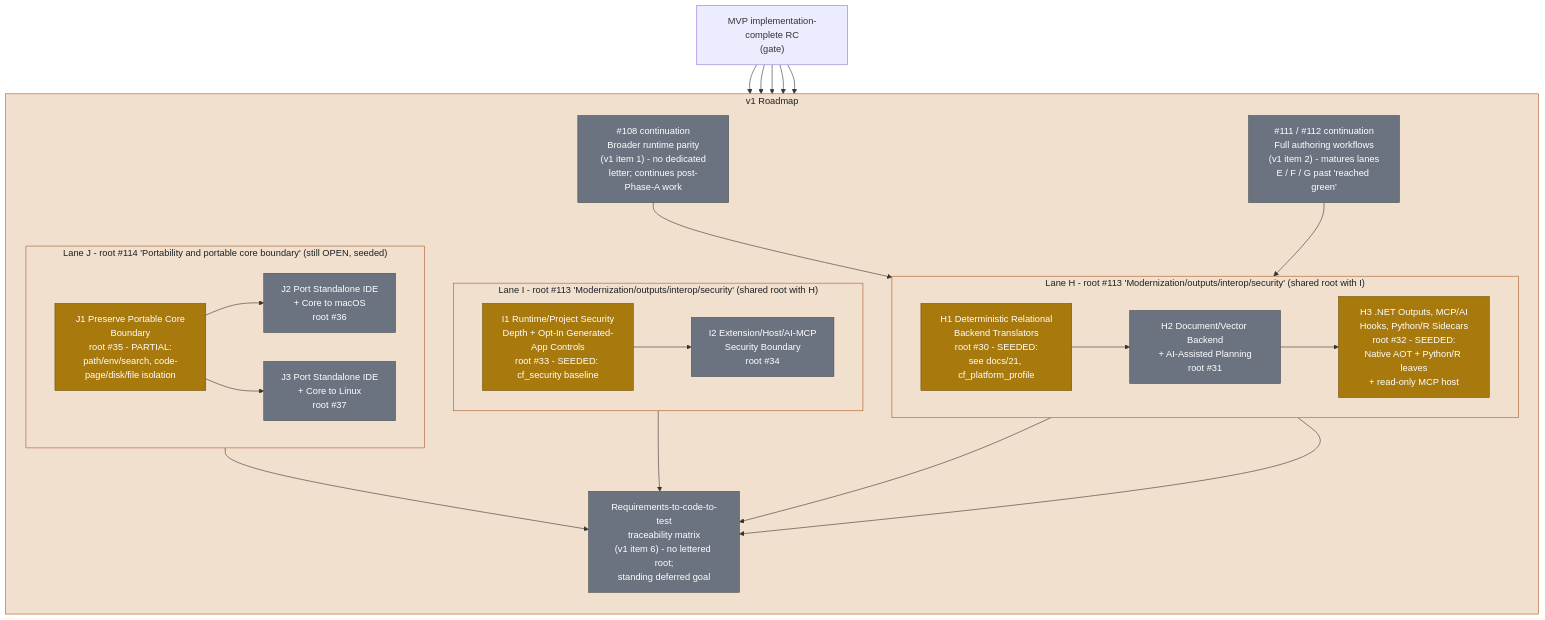
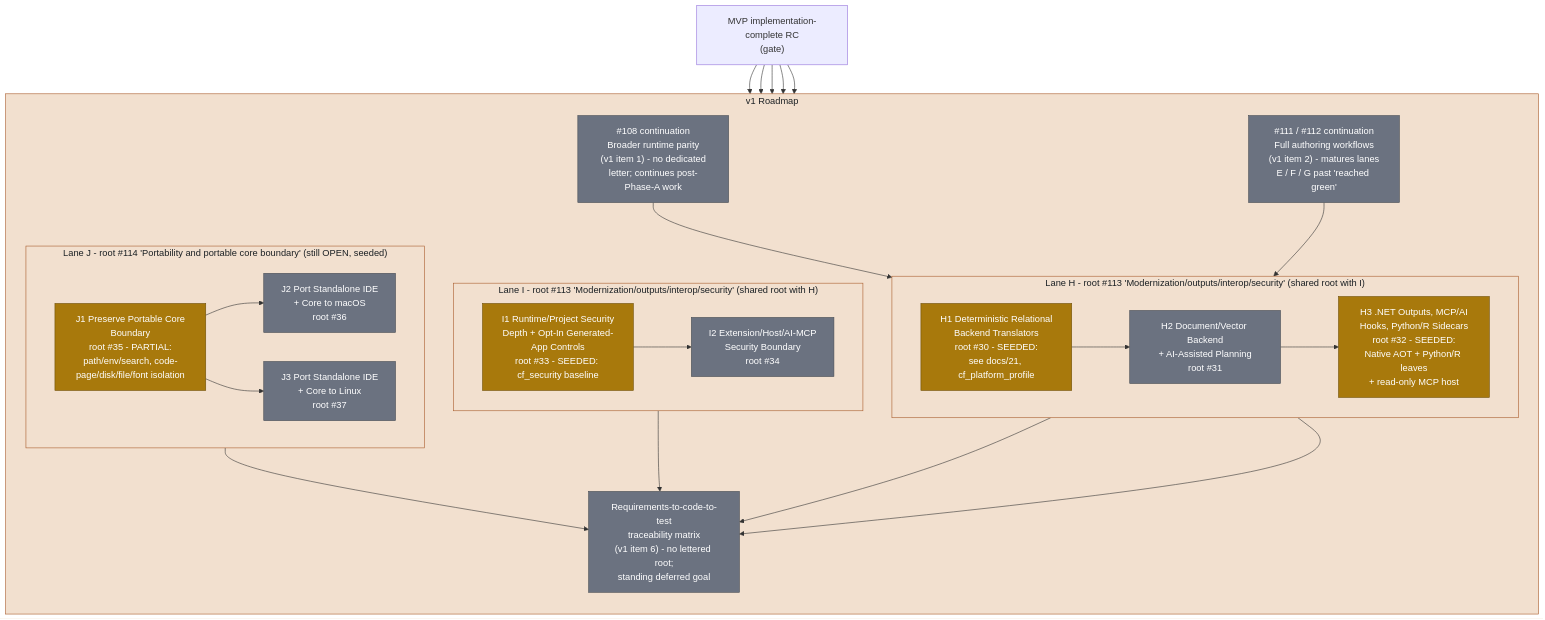
Before and after one commit to rhamenator/Project-Copperfin: the diagram in docs/diagrams/roadmap-v1-lanes-hij.md, drawn with Mermaid. The commit also changed other lines of this file and 18 other files, not shown here.

````diff
--- a/docs/diagrams/roadmap-v1-lanes-hij.md
+++ b/docs/diagrams/roadmap-v1-lanes-hij.md
@@ -10,60 +10,60 @@
 ```mermaid
 flowchart TB
     classDef partial fill:#a8790c,stroke:#6e4f07,color:#ffffff,stroke-width:1px;
     classDef planned fill:#6b7280,stroke:#484d54,color:#ffffff,stroke-width:1px;
     classDef lane fill:#f2e0cf,stroke:#a85a2a,color:#1b2024,stroke-width:1px;
 
     MVP["MVP implementation-complete RC<br/>(gate)"]
 
     subgraph V1["v1 Roadmap"]
       direction TB
 
       CONT1["#108 continuation<br/>Broader runtime parity<br/>(v1 item 1) - no dedicated<br/>letter; continues post-Phase-A work"]
       CONT2["#111 / #112 continuation<br/>Full authoring workflows<br/>(v1 item 2) - matures lanes<br/>E / F / G past 'reached green'"]
 
       subgraph LANEH["Lane H - root #113 'Modernization/outputs/interop/security' (shared root with I)"]
         direction LR
         H1["H1 Deterministic Relational<br/>Backend Translators<br/>root #30 - SEEDED:<br/>see docs/21, cf_platform_profile"]
         H2["H2 Document/Vector Backend<br/>+ AI-Assisted Planning<br/>root #31"]
         H3["H3 .NET Outputs, MCP/AI<br/>Hooks, Python/R Sidecars<br/>root #32 - SEEDED:<br/>Native AOT + Python/R leaves<br/>+ read-only MCP host"]
         H1 --> H2 --> H3
       end
 
       subgraph LANEI["Lane I - root #113 'Modernization/outputs/interop/security' (shared root with H)"]
         direction LR
         I1["I1 Runtime/Project Security<br/>Depth + Opt-In Generated-<br/>App Controls<br/>root #33 - SEEDED: cf_security baseline"]
         I2["I2 Extension/Host/AI-MCP<br/>Security Boundary<br/>root #34"]
         I1 --> I2
       end
 
       subgraph LANEJ["Lane J - root #114 'Portability and portable core boundary' (still OPEN, seeded)"]
         direction LR
-        J1["J1 Preserve Portable Core<br/>Boundary<br/>root #35 - PARTIAL:<br/>path/env/search, code-page/disk/file isolation"]
+        J1["J1 Preserve Portable Core<br/>Boundary<br/>root #35 - PARTIAL:<br/>path/env/search, code-page/disk/file/font isolation"]
         J2["J2 Port Standalone IDE<br/>+ Core to macOS<br/>root #36"]
         J3["J3 Port Standalone IDE<br/>+ Core to Linux<br/>root #37"]
         J1 --> J2
         J1 --> J3
       end
 
       TRACE["Requirements-to-code-to-test<br/>traceability matrix<br/>(v1 item 6) - no lettered root;<br/>standing deferred goal"]
     end
 
     MVP --> CONT1
     MVP --> CONT2
     MVP --> LANEH
     MVP --> LANEI
     MVP --> LANEJ
     CONT1 --> H1
     CONT2 --> H3
     H1 --> TRACE
     H3 --> TRACE
     I2 --> TRACE
     J1 --> TRACE
 
     class CONT1,CONT2 planned;
     class H1,H3,I1,J1 partial;
     class H2,I2 planned;
     class J2,J3 planned;
     class TRACE planned;
     class V1,LANEH,LANEI,LANEJ lane;
 ```
````
